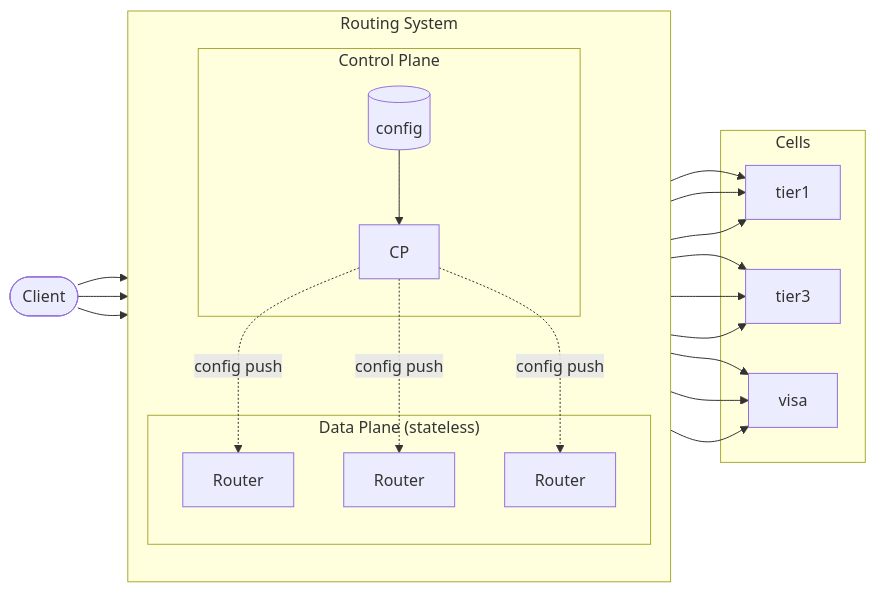
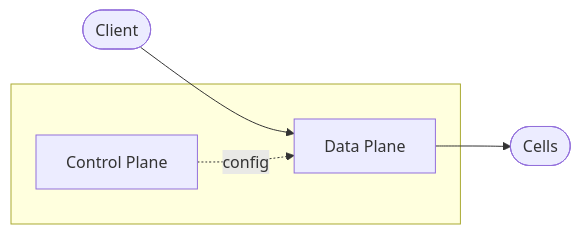
One commit to gvquiroz/cell-routing-from-scratch changed the diagram in README.md. Above: the diagram before and after it, drawn with Mermaid.

Commit message:
simplify diagram

````diff
--- a/README.md
+++ b/README.md
@@ -3,28 +3,10 @@
 ```mermaid
 flowchart LR
-    Client([Client])
+    Client([Client]) --> Router
     
-    subgraph system["Routing System"]
-        direction TB
-        subgraph cp["Control Plane"]
-            Config[(config)] --> CP[CP]
-        end
-        
-        subgraph dp["Data Plane (stateless)"]
-            R1[Router]
-            R2[Router]
-            R3[Router]
-        end
-        
-        CP -.->|"config push"| R1 & R2 & R3
+    subgraph plane[" "]
+        CP[Control Plane] -.->|config| Router[Data Plane]
     end
     
-    subgraph cells["Cells"]
-        T1[tier1]
-        T3[tier3]
-        Visa[visa]
-    end
-    
-    Client --> R1 & R2 & R3
-    R1 & R2 & R3 --> T1 & T3 & Visa
+    Router --> Cells([Cells])
 ```
````
